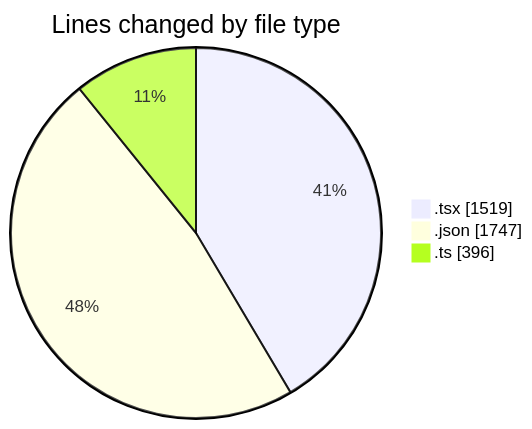
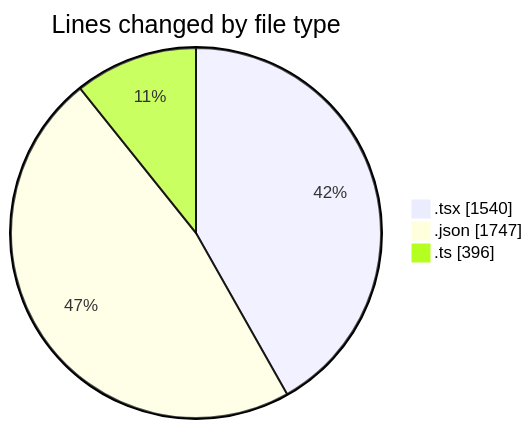
One commit to julien-gomy/code-tracking changed the first of 2 diagrams in 2025-10-30/eventscop-frontend-guide__workspace_/README.md. Above: the diagram before and after it, drawn with Mermaid. The commit also changed other lines of this file and 1 other file, not shown here.

````diff
--- a/2025-10-30/eventscop-frontend-guide__workspace_/README.md
+++ b/2025-10-30/eventscop-frontend-guide__workspace_/README.md
@@ -32,7 +32,7 @@
 ```mermaid
 pie showData
 title Lines changed by file type
-".tsx" : 1519
+".tsx" : 1540
 ".json" : 1747
 ".ts" : 396
 ```
````
